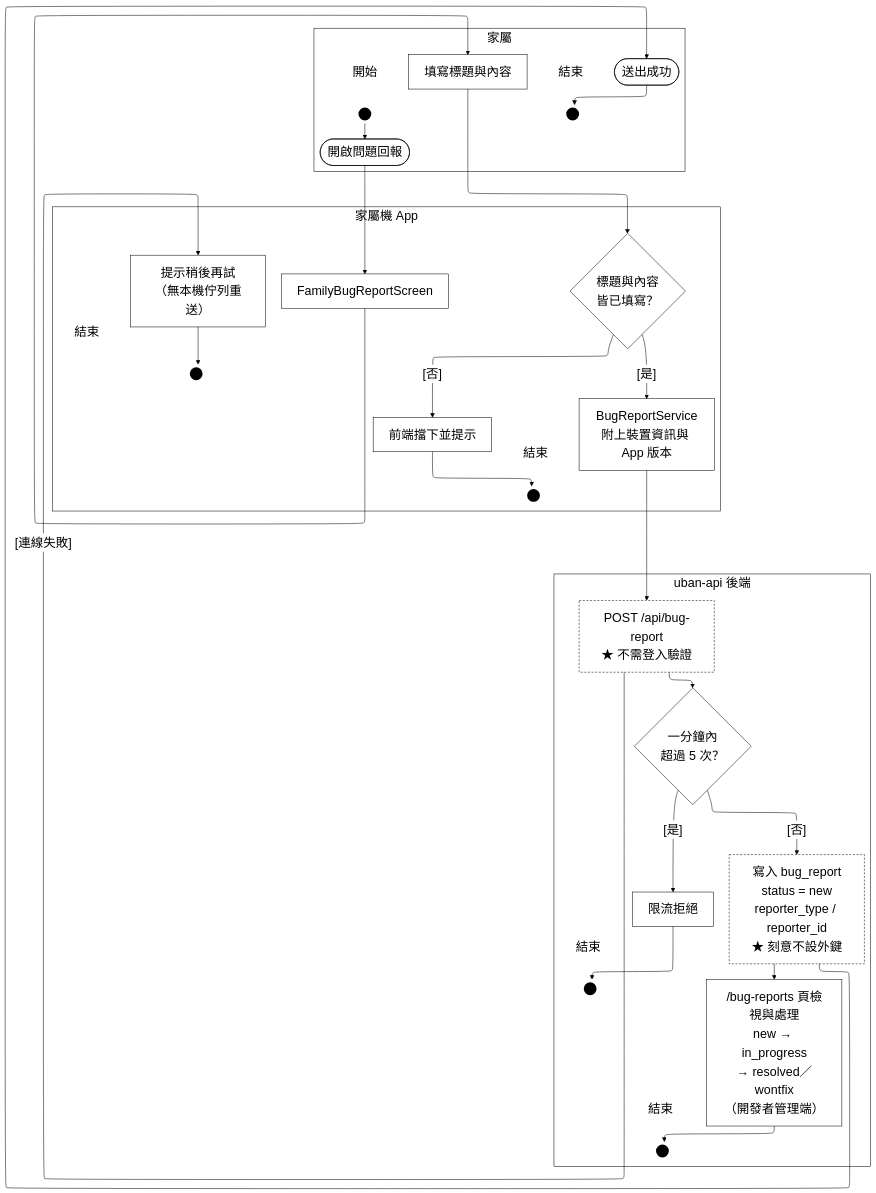
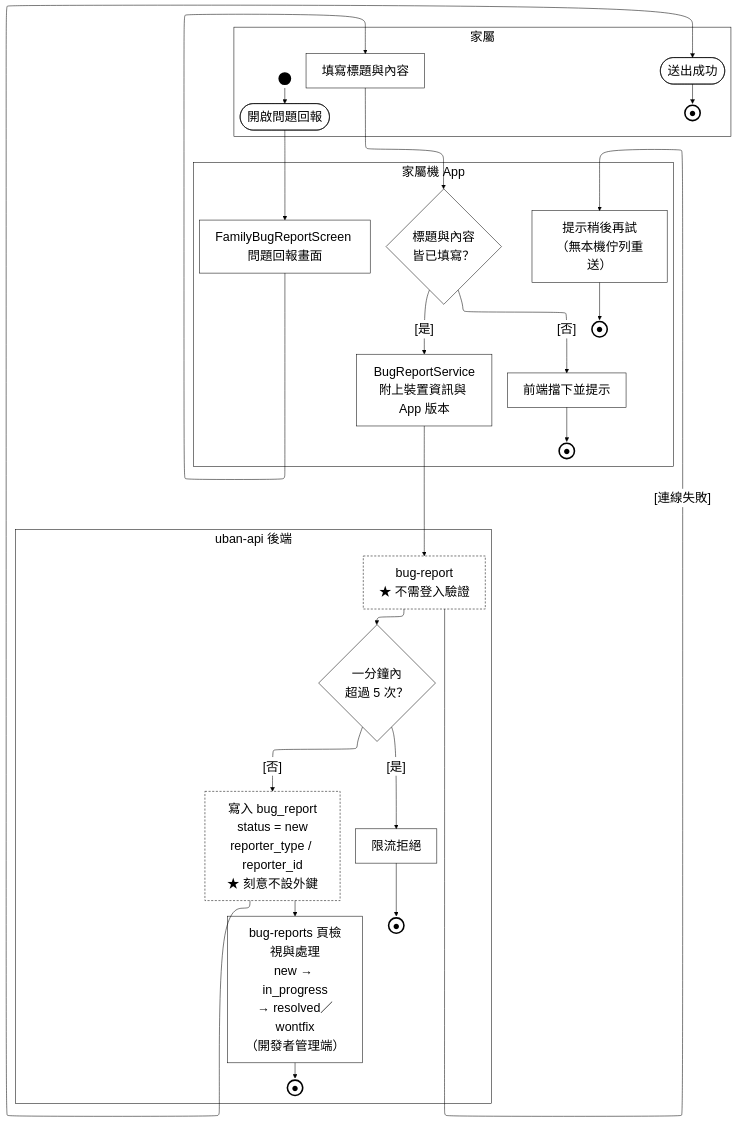
Before and after one commit to HuangYu-Kai/Uban: the diagram in Uban System Documents/mermaid原始碼/A21-問題回報.mmd, drawn with Mermaid. The commit also changed 87 other files, not shown here.

First line of the commit message:
圖表：全面改用 draw.io 取代 mermaid，並把 113 個純英文節點改成英中對照

```diff
--- a/Uban System Documents/mermaid原始碼/A21-問題回報.mmd
+++ b/Uban System Documents/mermaid原始碼/A21-問題回報.mmd
@@ -1,66 +1,57 @@
-%%{init:{"layout":"elk","elk":{"mergeEdges":false},"flowchart":{"htmlLabels":true},"themeVariables":{"clusterBkg":"#FFFFFF","clusterBorder":"#000000","edgeLabelBackground":"#FFFFFF","textColor":"#000000","nodeTextColor":"#000000","titleColor":"#000000","lineColor":"#000000","fontSize":"24px"}}}%%
+%%{init:{"layout":"elk","elk":{"mergeEdges":false,"nodePlacementStrategy":"NETWORK_SIMPLEX"},"flowchart":{"htmlLabels":true},"themeVariables":{"clusterBkg":"#FFFFFF","clusterBorder":"#000000","edgeLabelBackground":"#FFFFFF","textColor":"#000000","nodeTextColor":"#000000","titleColor":"#000000","lineColor":"#000000","fontSize":"24px"}}}%%
 flowchart TD
   subgraph ROLE["家屬"]
-    LS_S1["開始"]:::lbl
+    PAD_ROLE["&nbsp;&nbsp;&nbsp;&nbsp;&nbsp;&nbsp;&nbsp;&nbsp;&nbsp;&nbsp;&nbsp;&nbsp;&nbsp;&nbsp;&nbsp;&nbsp;&nbsp;&nbsp;&nbsp;&nbsp;&nbsp;&nbsp;&nbsp;&nbsp;&nbsp;&nbsp;&nbsp;&nbsp;&nbsp;&nbsp;&nbsp;&nbsp;&nbsp;&nbsp;&nbsp;&nbsp;&nbsp;&nbsp;&nbsp;&nbsp;&nbsp;&nbsp;&nbsp;&nbsp;&nbsp;&nbsp;&nbsp;&nbsp;&nbsp;&nbsp;"]:::pad
     ST_S1(("&nbsp;")):::term
     S1([開啟問題回報]):::act
     S2["填寫標題與內容"]:::act
     S3(["送出成功"]):::act
-    LE_S3["結束"]:::lbl
-    EN_S3(("&nbsp;")):::term
+    EN_S3(("●")):::endterm
   end
   subgraph FE["家屬機 App"]
-    A1["FamilyBugReportScreen"]:::act
+    A1["FamilyBugReportScreen 問題回報畫面"]:::act
     A2{"標題與內容<br/>皆已填寫？"}:::dec
     A3["前端擋下並提示"]:::act
-    LE_A3["結束"]:::lbl
-    EN_A3(("&nbsp;")):::term
+    EN_A3(("●")):::endterm
     A4["BugReportService<br/>附上裝置資訊與 App 版本"]:::act
     A5["提示稍後再試<br/>（無本機佇列重送）"]:::act
-    LE_A5["結束"]:::lbl
-    EN_A5(("&nbsp;")):::term
+    EN_A5(("●")):::endterm
   end
   subgraph BE["uban-api 後端"]
-    B1["POST /api/bug-report<br/>★ 不需登入驗證"]:::gap
+    PAD_BE["&nbsp;&nbsp;&nbsp;&nbsp;&nbsp;&nbsp;&nbsp;&nbsp;&nbsp;&nbsp;&nbsp;&nbsp;&nbsp;&nbsp;&nbsp;&nbsp;&nbsp;&nbsp;&nbsp;&nbsp;&nbsp;&nbsp;&nbsp;&nbsp;&nbsp;&nbsp;&nbsp;&nbsp;&nbsp;&nbsp;&nbsp;&nbsp;&nbsp;&nbsp;&nbsp;&nbsp;&nbsp;&nbsp;&nbsp;&nbsp;&nbsp;&nbsp;&nbsp;&nbsp;&nbsp;&nbsp;&nbsp;&nbsp;&nbsp;&nbsp;&nbsp;&nbsp;&nbsp;&nbsp;&nbsp;&nbsp;&nbsp;&nbsp;&nbsp;&nbsp;&nbsp;&nbsp;&nbsp;&nbsp;&nbsp;&nbsp;&nbsp;&nbsp;&nbsp;&nbsp;&nbsp;&nbsp;&nbsp;&nbsp;&nbsp;&nbsp;&nbsp;&nbsp;&nbsp;&nbsp;&nbsp;&nbsp;&nbsp;&nbsp;&nbsp;"]:::pad
+    B1["bug-report<br/>★ 不需登入驗證"]:::gap
     B2{"一分鐘內<br/>超過 5 次？"}:::dec
     B3["限流拒絕"]:::act
-    LE_B3["結束"]:::lbl
-    EN_B3(("&nbsp;")):::term
+    EN_B3(("●")):::endterm
     B4["寫入 bug_report<br/>status = new<br/>reporter_type / reporter_id<br/>★ 刻意不設外鍵"]:::gap
-    C1["/bug-reports 頁檢視與處理<br/>new → in_progress<br/>→ resolved／wontfix<br/>（開發者管理端）"]:::act
-    LE_C1["結束"]:::lbl
-    EN_C1(("&nbsp;")):::term
+    C1["bug-reports 頁檢視與處理<br/>new → in_progress<br/>→ resolved／wontfix<br/>（開發者管理端）"]:::act
+    EN_C1(("●")):::endterm
   end
 
-  LS_S1 ~~~ ST_S1
   ST_S1 --> S1
   S1 --> A1
   A1 --> S2
   S2 --> A2
   A2 -->|"[否]"| A3
   A2 -->|"[是]"| A4
   A4 --> B1
   B1 -->|"[連線失敗]"| A5
   B1 --> B2
   B2 -->|"[是]"| B3
   B2 -->|"[否]"| B4
   B4 --> S3
   B4 --> C1
   S3 --> EN_S3
-  LE_S3 ~~~ EN_S3
   A3 --> EN_A3
-  LE_A3 ~~~ EN_A3
   A5 --> EN_A5
-  LE_A5 ~~~ EN_A5
   B3 --> EN_B3
-  LE_B3 ~~~ EN_B3
   C1 --> EN_C1
-  LE_C1 ~~~ EN_C1
   %% 鎖住泳道順序：ELK 不照宣告順序排，沒有這條鏈後端會跑到最上面
   ROLE ~~~ FE ~~~ BE
 
+  classDef pad  fill:none,stroke:none,color:#FFFFFF
   classDef act  fill:#FFFFFF,stroke:#000000,stroke-width:1px,color:#000000
   classDef dec  fill:#FFFFFF,stroke:#000000,stroke-width:1px,color:#000000
   classDef term fill:#000000,stroke:#000000,stroke-width:3px,color:#000000
+  classDef endterm fill:#FFFFFF,stroke:#000000,stroke-width:3px,color:#000000
   classDef gap  fill:#FFFFFF,stroke:#000000,stroke-width:1px,color:#000000,stroke-dasharray:4 3
-  classDef lbl  fill:none,stroke:none,color:#000000
```
